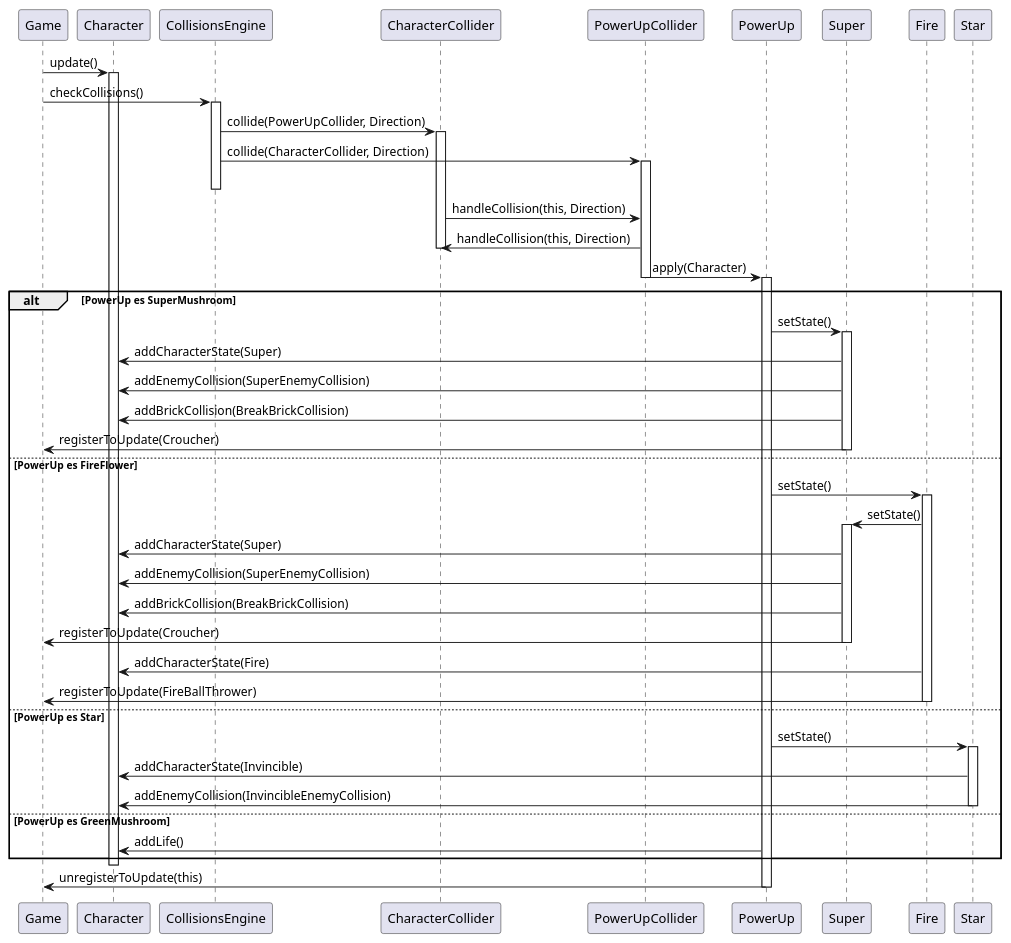
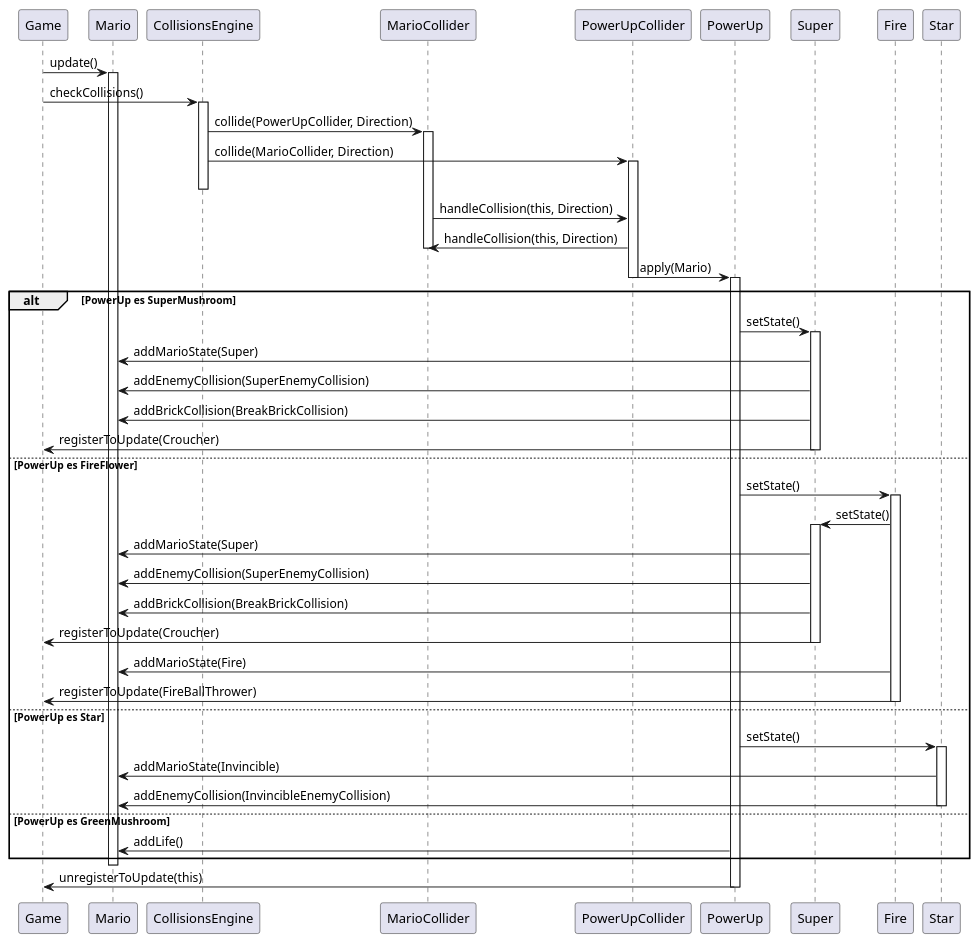
One commit to giuli635/SuperMarioBros changed the diagram in Diagramas/diagramas/diagrama-secuencia-powerup.puml. Above: the diagram before and after it, drawn with PlantUML. The commit also changed 21 other files, not shown here.

```diff
--- a/Diagramas/diagramas/diagrama-secuencia-powerup.puml
+++ b/Diagramas/diagramas/diagrama-secuencia-powerup.puml
@@ -1,52 +1,52 @@
 @startuml
-Game -> Character : update()
-activate Character
+Game -> Mario : update()
+activate Mario
 Game -> CollisionsEngine : checkCollisions()
 activate CollisionsEngine
-CollisionsEngine -> CharacterCollider : collide(PowerUpCollider, Direction)
-activate CharacterCollider
-CollisionsEngine -> PowerUpCollider : collide(CharacterCollider, Direction)
+CollisionsEngine -> MarioCollider : collide(PowerUpCollider, Direction)
+activate MarioCollider
+CollisionsEngine -> PowerUpCollider : collide(MarioCollider, Direction)
 activate PowerUpCollider
 deactivate CollisionsEngine
-CharacterCollider -> PowerUpCollider : handleCollision(this, Direction)
-PowerUpCollider -> CharacterCollider : handleCollision(this, Direction)
-deactivate CharacterCollider
-PowerUpCollider -> PowerUp : apply(Character)
+MarioCollider -> PowerUpCollider : handleCollision(this, Direction)
+PowerUpCollider -> MarioCollider : handleCollision(this, Direction)
+deactivate MarioCollider
+PowerUpCollider -> PowerUp : apply(Mario)
 deactivate PowerUpCollider
 
 activate PowerUp
 alt PowerUp es SuperMushroom
     PowerUp -> Super : setState()
     activate Super
-    Super -> Character : addCharacterState(Super)
-    Super -> Character : addEnemyCollision(SuperEnemyCollision)
-    Super -> Character : addBrickCollision(BreakBrickCollision)
+    Super -> Mario : addMarioState(Super)
+    Super -> Mario : addEnemyCollision(SuperEnemyCollision)
+    Super -> Mario : addBrickCollision(BreakBrickCollision)
     Super -> Game : registerToUpdate(Croucher)
     deactivate Super
 else PowerUp es FireFlower
     PowerUp -> Fire : setState()
     activate Fire
     Fire -> Super : setState()
     activate Super
-    Super -> Character : addCharacterState(Super)
-    Super -> Character : addEnemyCollision(SuperEnemyCollision)
-    Super -> Character : addBrickCollision(BreakBrickCollision)
+    Super -> Mario : addMarioState(Super)
+    Super -> Mario : addEnemyCollision(SuperEnemyCollision)
+    Super -> Mario : addBrickCollision(BreakBrickCollision)
     Super -> Game : registerToUpdate(Croucher)
     deactivate Super
-    Fire -> Character : addCharacterState(Fire)
+    Fire -> Mario : addMarioState(Fire)
     Fire -> Game : registerToUpdate(FireBallThrower)
     deactivate Fire
 else PowerUp es Star
     PowerUp -> Star : setState()
     activate Star
-    Star -> Character : addCharacterState(Invincible)
-    Star -> Character : addEnemyCollision(InvincibleEnemyCollision)
+    Star -> Mario : addMarioState(Invincible)
+    Star -> Mario : addEnemyCollision(InvincibleEnemyCollision)
     deactivate Star
 else PowerUp es GreenMushroom
-    PowerUp -> Character : addLife()
+    PowerUp -> Mario : addLife()
 end
-deactivate Character
+deactivate Mario
 
 PowerUp -> Game : unregisterToUpdate(this)
 deactivate PowerUp
 @enduml
```
